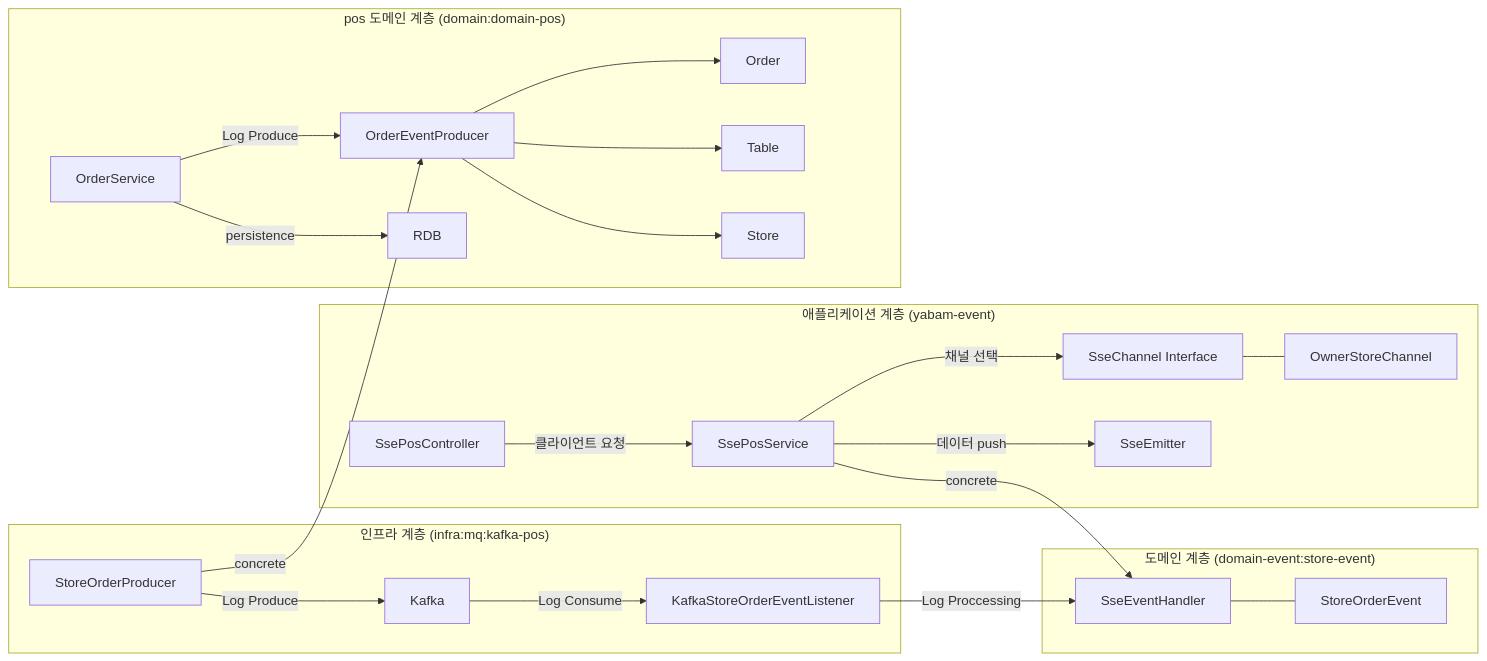
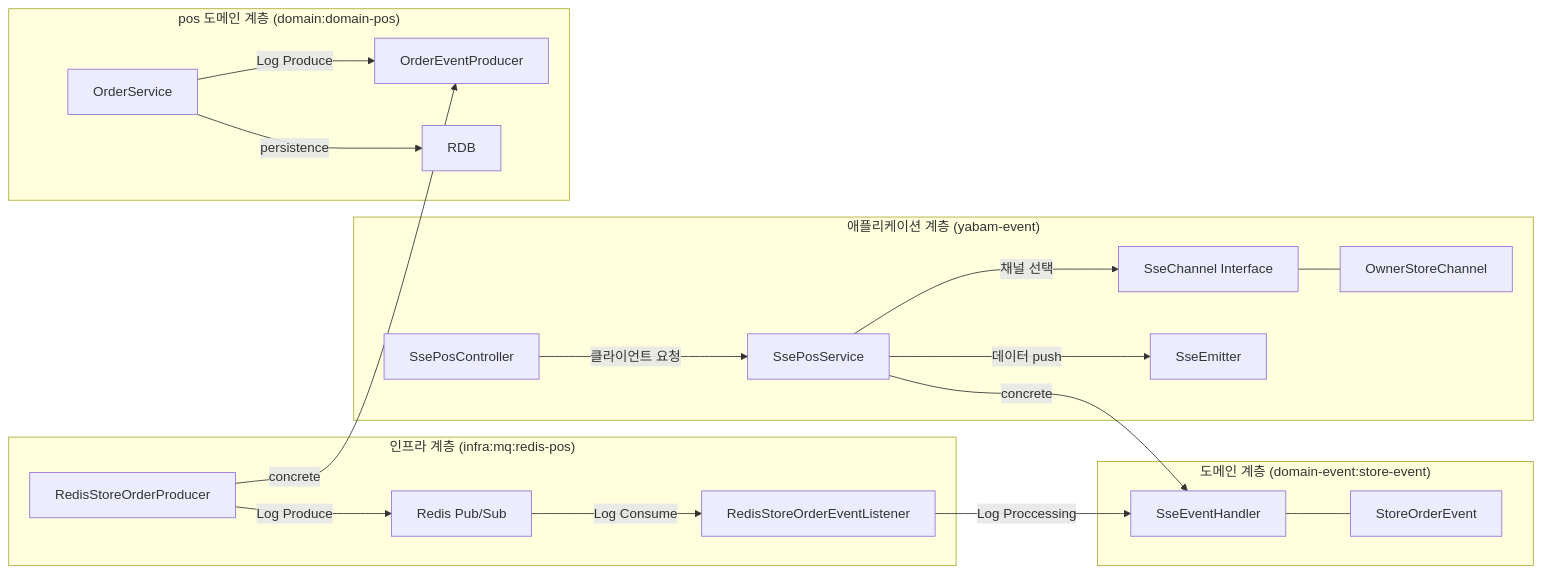
One commit to Kumoh-talk/YABAM-Festival-Backend changed the fourth of 4 diagrams in application/yabam/yabam-event/README.md. Above: the diagram before and after it, drawn with Mermaid. The commit also changed other lines of this file, not shown here.

````diff
--- a/application/yabam/yabam-event/README.md
+++ b/application/yabam/yabam-event/README.md
@@ -112,53 +111,47 @@
 ```mermaid
 graph LR
 
 %% 도메인 계층을 중앙에 배치
     subgraph "도메인 계층 (domain-event:store-event)"
         A[StoreOrderEvent]
         E[SseEventHandler]
         E --- A
     end
 
 %% 인프라 계층을 위쪽에 배치
-    subgraph "인프라 계층 (infra:mq:kafka-pos)"
-        F[KafkaStoreOrderEventListener]
-        G[Kafka]
-        D[StoreOrderProducer]
+    subgraph "인프라 계층 (infra:mq:redis-pos)"
+        F[RedisStoreOrderEventListener]
+        G[Redis Pub/Sub]
+        D[RedisStoreOrderProducer]
     end
 
 %% 애플리케이션 계층을 아래쪽에 배치
     subgraph "애플리케이션 계층 (yabam-event)"
         H[SsePosController]
         I[SsePosService]
         J[SseChannel Interface]
         K[OwnerStoreChannel]
         P[SseEmitter]
         J --- K
     end
 
 %% domain-pos 계층
     subgraph "pos 도메인  계층 (domain:domain-pos)"
         C[OrderEventProducer]
         L[OrderService]
-        order[Order]
-        table[Table]
-        store[Store]
         RDB[RDB]
     end
 
     L -->|persistence| RDB
     L -->|Log Produce| C
-    C --> order
-    C --> table
-    C --> store
 %% 연결 관계 설정
     D -->|Log Produce| G
     G -->|Log Consume| F
     F -->|Log Proccessing| E
     I -->|채널 선택| J
     H -->|클라이언트 요청| I
     I -->|데이터 push| P
     I -->|concrete| E
 %% Yabam Core에서 이벤트 생성 관계 추가
     D -->|concrete| C
 ```
````
